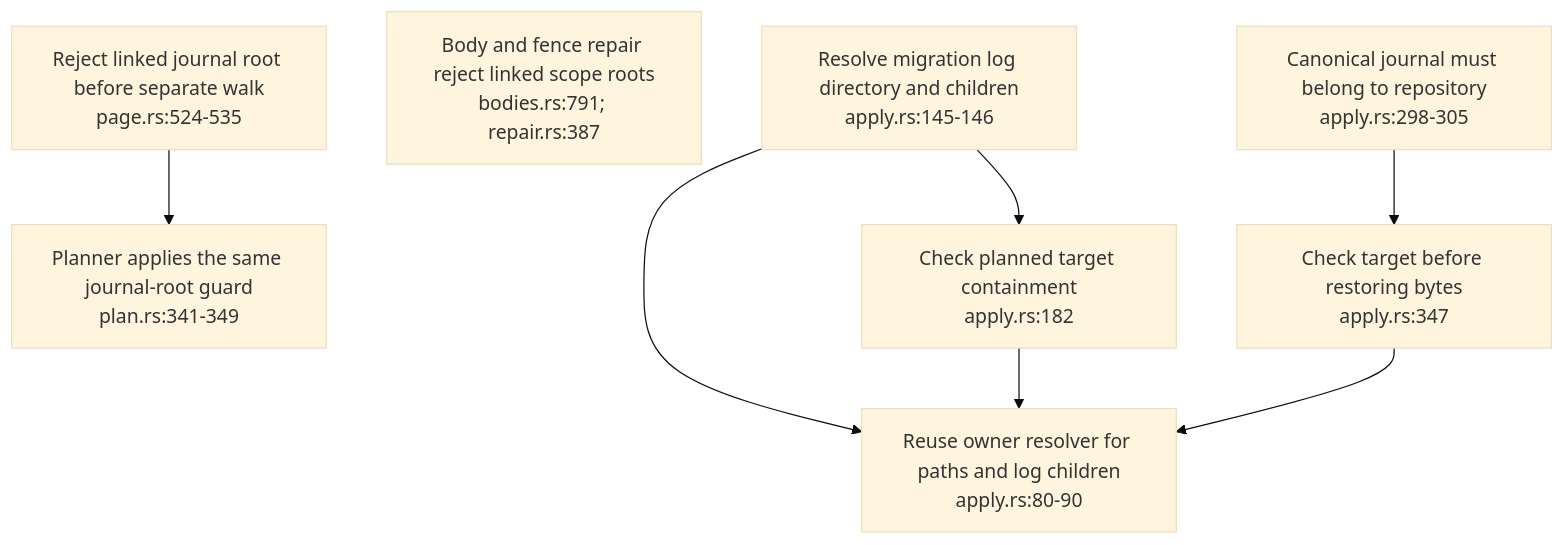
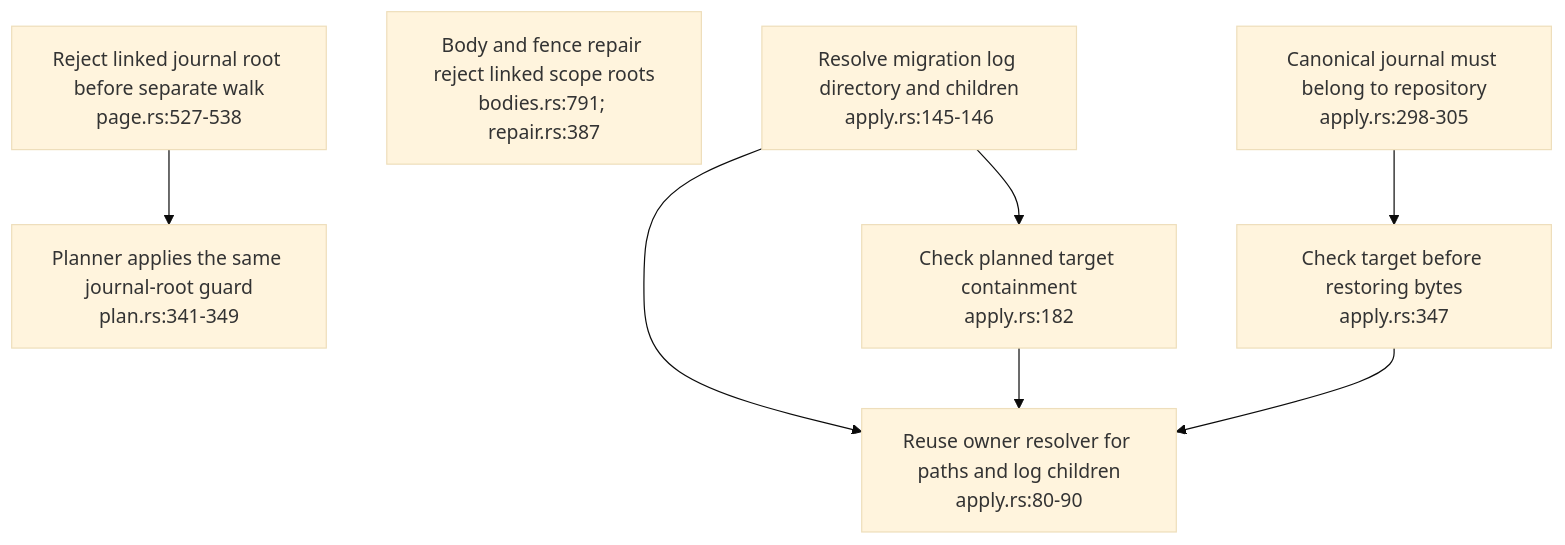
The fourth of 4 diagrams in docs/diagrams/ontomark/12-shared-layout-checks.md (DreamLab-AI/VisionFlow), drawn with Mermaid (base theme) before and after one commit. The commit also changed other lines of this file and 70 other files, not shown here.

First line of the commit message:
docs(diagrams): re-verify 69 topics at current default-branch heads

````diff
--- a/docs/diagrams/ontomark/12-shared-layout-checks.md
+++ b/docs/diagrams/ontomark/12-shared-layout-checks.md
@@ -83,10 +83,10 @@
 ```mermaid
 flowchart TD
-    JOURNAL["Reject linked journal root before separate walk<br/>page.rs:524-535"] --> PLAN["Planner applies the same journal-root guard<br/>plan.rs:341-349"]
+    JOURNAL["Reject linked journal root before separate walk<br/>page.rs:527-538"] --> PLAN["Planner applies the same journal-root guard<br/>plan.rs:341-349"]
     REPAIR["Body and fence repair reject linked scope roots<br/>bodies.rs:791; repair.rs:387"]
     APPLY["Resolve migration log directory and children<br/>apply.rs:145-146"] --> TARGET["Check planned target containment<br/>apply.rs:182"]
     ROLLBACK["Canonical journal must belong to repository<br/>apply.rs:298-305"] --> RESTORE["Check target before restoring bytes<br/>apply.rs:347"]
     APPLY --> SHARED["Reuse owner resolver for paths and log children<br/>apply.rs:80-90"]
     TARGET --> SHARED
     RESTORE --> SHARED
 ```
````
